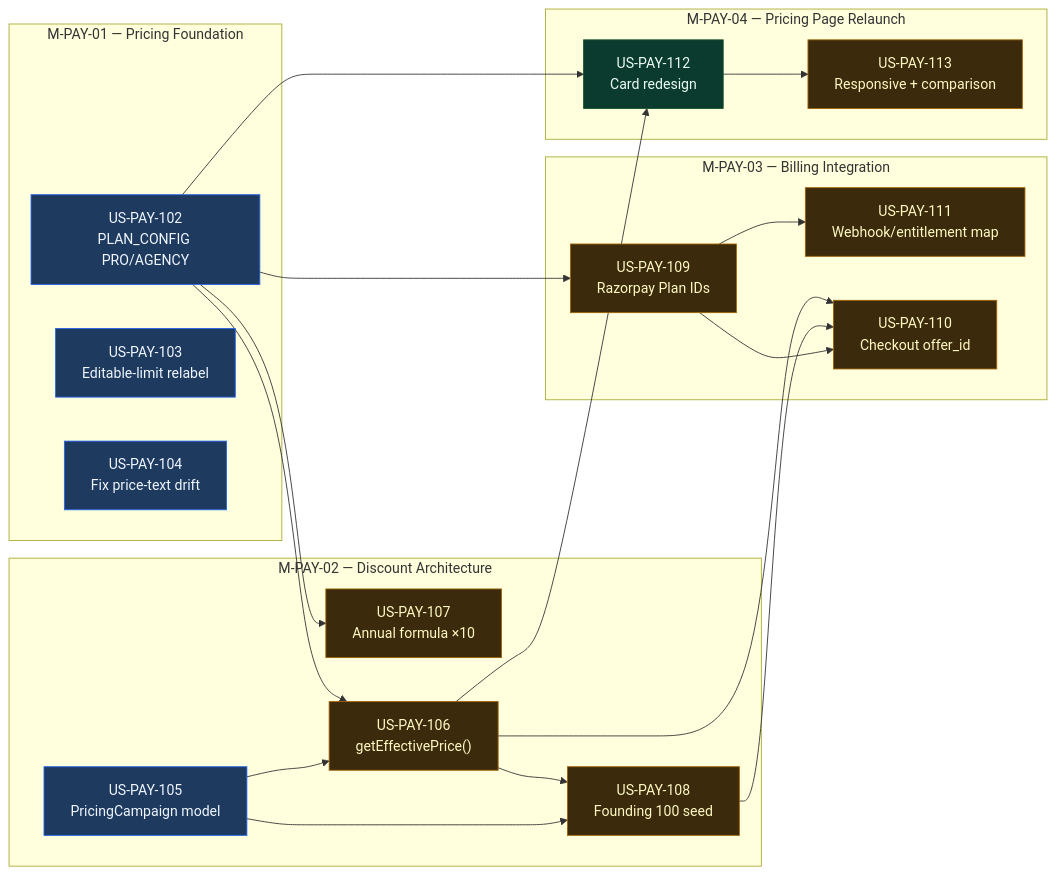
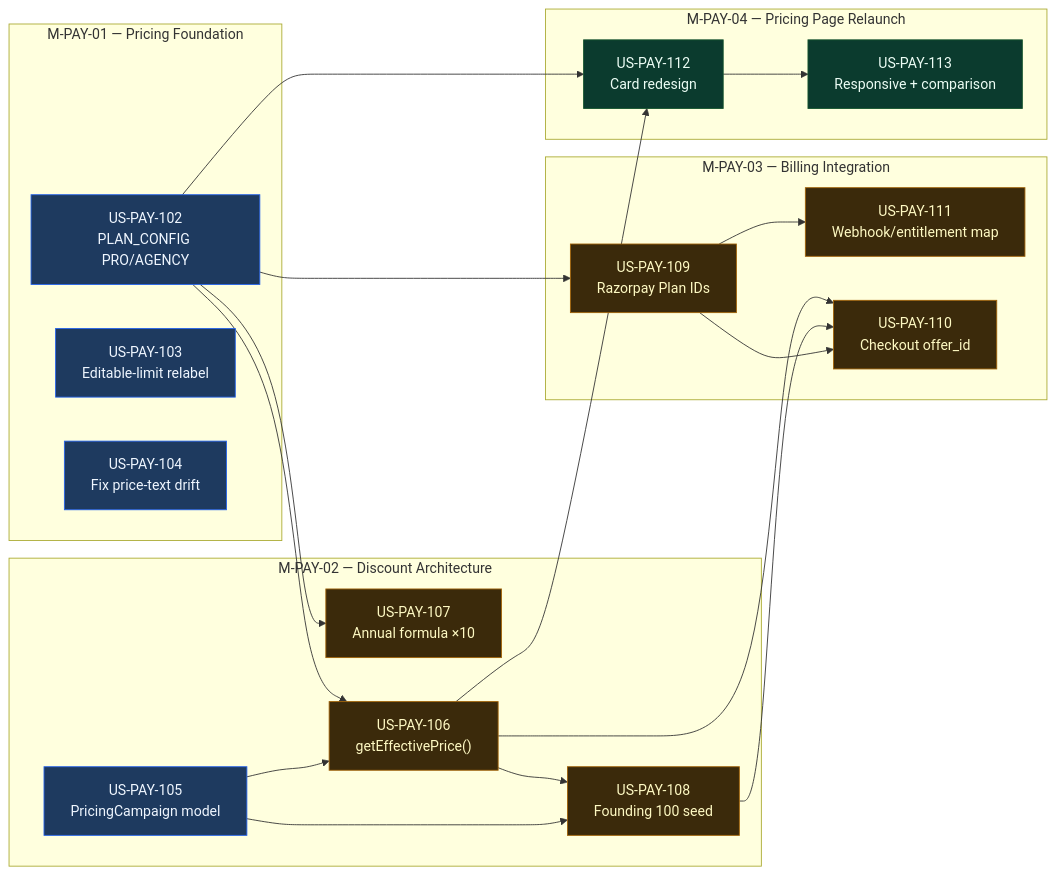
The diagram in docs/agile/epics/phase-1-ai-core/EPIC-PAY-05/EPIC.md (din-prajapati/infographic.io), drawn with Mermaid before and after one commit. The commit also changed other lines of this file and 2 other files, not shown here.

First line of the commit message:
docs(agile): close US-PAY-113 -- responsive layout + comparison table done

````diff
--- a/docs/agile/epics/phase-1-ai-core/EPIC-PAY-05/EPIC.md
+++ b/docs/agile/epics/phase-1-ai-core/EPIC-PAY-05/EPIC.md
@@ -213,44 +213,44 @@
 ```mermaid
 flowchart LR
   subgraph M1["M-PAY-01 — Pricing Foundation"]
     US102["US-PAY-102\nPLAN_CONFIG PRO/AGENCY"]:::ready
     US103["US-PAY-103\nEditable-limit relabel"]:::ready
     US104["US-PAY-104\nFix price-text drift"]:::ready
   end
 
   subgraph M2["M-PAY-02 — Discount Architecture"]
     US105["US-PAY-105\nPricingCampaign model"]:::ready
     US107["US-PAY-107\nAnnual formula ×10"]:::blocked
     US106["US-PAY-106\ngetEffectivePrice()"]:::blocked
     US108["US-PAY-108\nFounding 100 seed"]:::blocked
   end
 
   subgraph M3["M-PAY-03 — Billing Integration"]
     US109["US-PAY-109\nRazorpay Plan IDs"]:::blocked
     US111["US-PAY-111\nWebhook/entitlement map"]:::blocked
     US110["US-PAY-110\nCheckout offer_id"]:::blocked
   end
 
   subgraph M4["M-PAY-04 — Pricing Page Relaunch"]
     US112["US-PAY-112\nCard redesign"]:::done
-    US113["US-PAY-113\nResponsive + comparison"]:::blocked
+    US113["US-PAY-113\nResponsive + comparison"]:::done
   end
 
   US102 --> US107
   US102 --> US106
   US105 --> US106
   US106 --> US108
   US105 --> US108
   US102 --> US109
   US109 --> US111
   US106 --> US110
   US108 --> US110
   US109 --> US110
   US102 --> US112
   US106 --> US112
   US112 --> US113
 
   classDef ready    fill:#1e3a5f,stroke:#2563eb,color:#eff6ff;
   classDef blocked  fill:#3b2a0b,stroke:#a16207,color:#fef9c3;
   classDef done     fill:#0b3b2e,stroke:#14532d,color:#ecfdf5;
 ```
````
